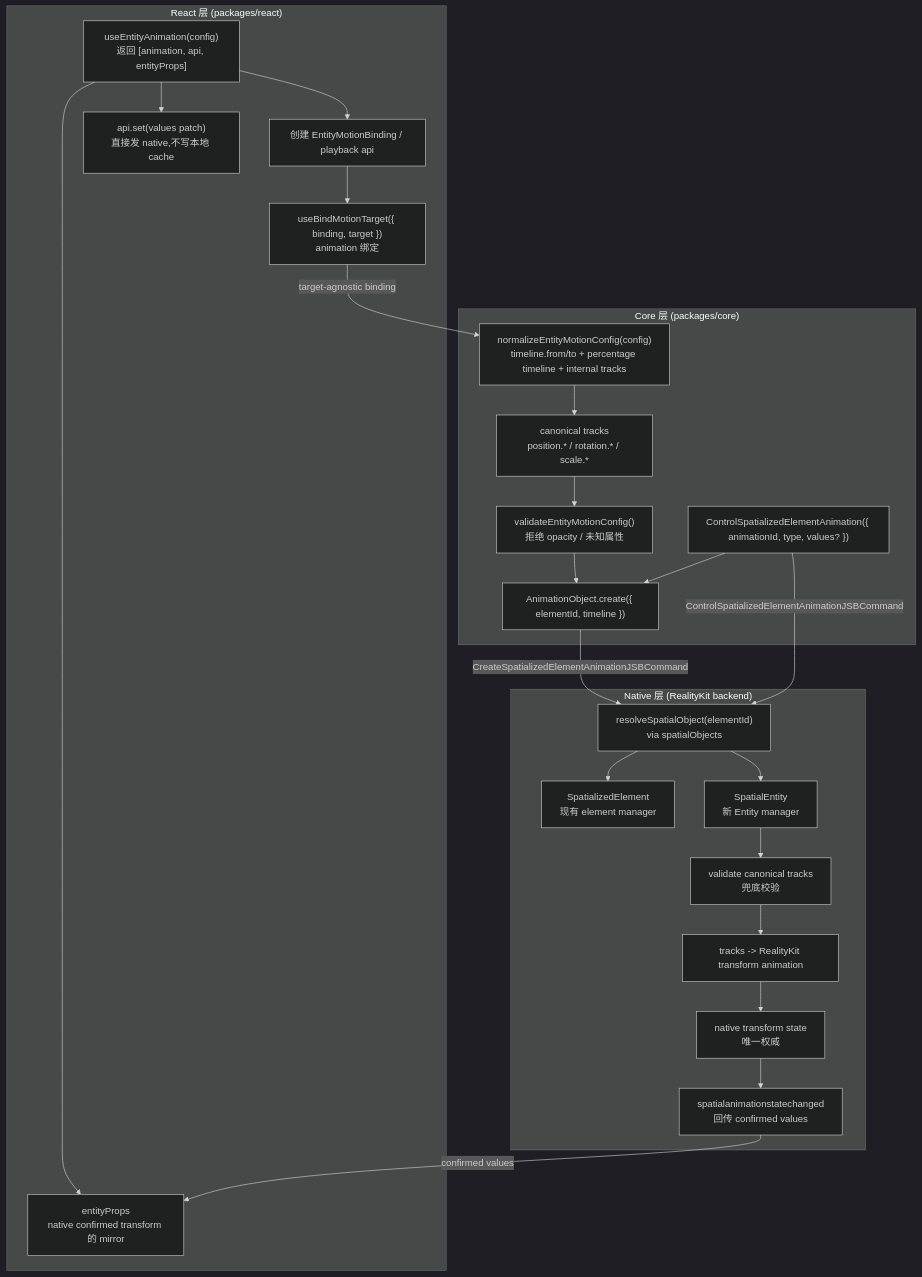
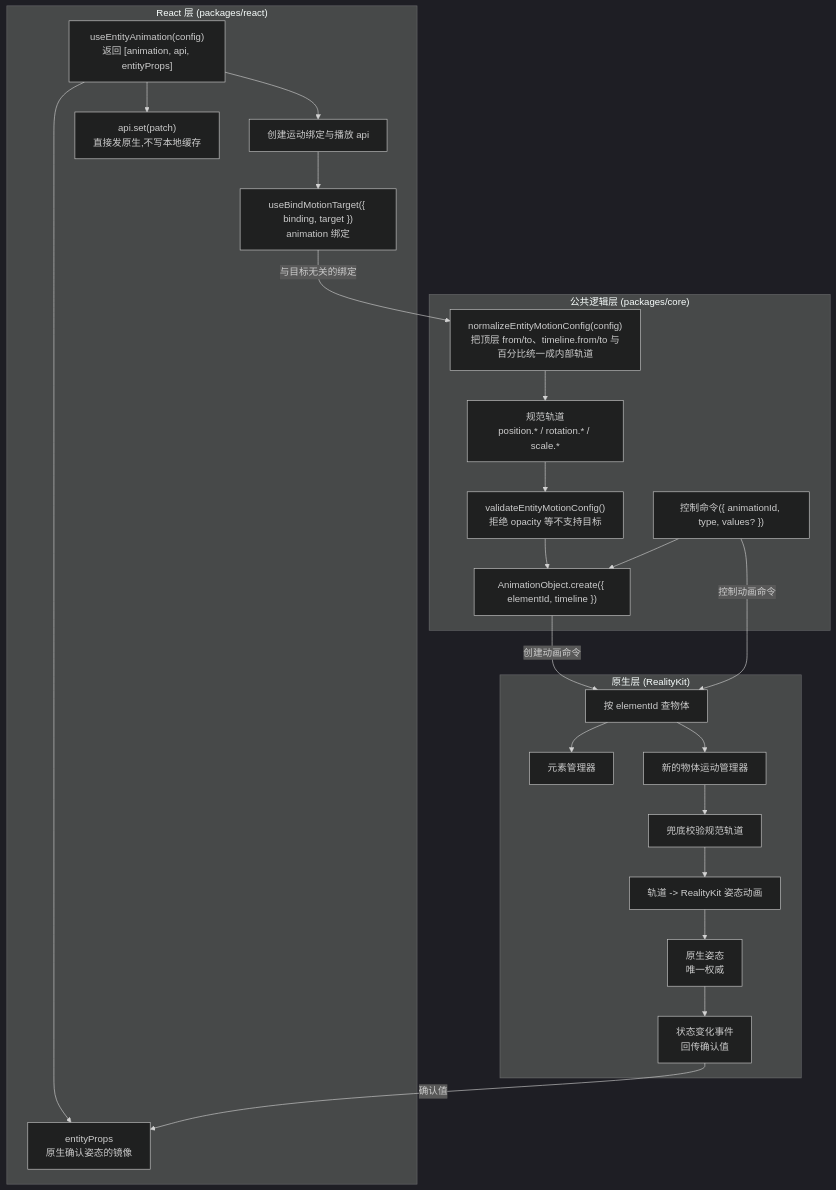
One commit to webspatial/webspatial-sdk changed the first of 11 diagrams in openspec/changes/redesign-entity-motion-api/design.zh.md. Above: the diagram before and after it, drawn with Mermaid (dark theme). The commit also changed other lines of this file and 7 other files, not shown here.

````diff
--- a/openspec/changes/redesign-entity-motion-api/design.zh.md
+++ b/openspec/changes/redesign-entity-motion-api/design.zh.md
@@ -83,50 +113,50 @@
 ```mermaid
 flowchart TB
     subgraph React["React 层 (packages/react)"]
         UseEntity["useEntityAnimation(config)<br/>返回 [animation, api, entityProps]"]
-        ReactBinding["创建 EntityMotionBinding / playback api"]
-        EntityProps["entityProps<br/>native confirmed transform 的 mirror"]
-        ApiSet["api.set(values patch)<br/>直接发 native,不写本地 cache"]
+        ReactBinding["创建运动绑定与播放 api"]
+        EntityProps["entityProps<br/>原生确认姿态的镜像"]
+        ApiSet["api.set(patch)<br/>直接发原生,不写本地缓存"]
         BindTarget["useBindMotionTarget({ binding, target })<br/>animation 绑定"]
 
         UseEntity --> ReactBinding
         UseEntity --> EntityProps
         UseEntity --> ApiSet
         ReactBinding --> BindTarget
     end
 
-    subgraph Core["Core 层 (packages/core)"]
-        Normalize["normalizeEntityMotionConfig(config)<br/>timeline.from/to + percentage timeline + internal tracks"]
-        Tracks["canonical tracks<br/>position.* / rotation.* / scale.*"]
-        Validate["validateEntityMotionConfig()<br/>拒绝 opacity / 未知属性"]
+    subgraph Core["公共逻辑层 (packages/core)"]
+        Normalize["normalizeEntityMotionConfig(config)<br/>把顶层 from/to、timeline.from/to 与百分比统一成内部轨道"]
+        Tracks["规范轨道<br/>position.* / rotation.* / scale.*"]
+        Validate["validateEntityMotionConfig()<br/>拒绝 opacity 等不支持目标"]
         CreateObject["AnimationObject.create({ elementId, timeline })"]
-        ControlObject["ControlSpatializedElementAnimation({ animationId, type, values? })"]
+        ControlObject["控制命令({ animationId, type, values? })"]
 
         Normalize --> Tracks
         Tracks --> Validate
         Validate --> CreateObject
         ControlObject --> CreateObject
     end
 
-    subgraph Native["Native 层 (RealityKit backend)"]
-        Resolve["resolveSpatialObject(elementId)<br/>via spatialObjects"]
-        ElementAdapter["SpatializedElement<br/>现有 element manager"]
-        EntityManager["SpatialEntity<br/>新 Entity manager"]
-        NativeValidate["validate canonical tracks<br/>兜底校验"]
-        Compile["tracks -> RealityKit transform animation"]
-        Authority["native transform state<br/>唯一权威"]
-        Event["spatialanimationstatechanged<br/>回传 confirmed values"]
+    subgraph Native["原生层 (RealityKit)"]
+        Resolve["按 elementId 查物体"]
+        ElementAdapter["元素管理器"]
+        EntityManager["新的物体运动管理器"]
+        NativeValidate["兜底校验规范轨道"]
+        Compile["轨道 -> RealityKit 姿态动画"]
+        Authority["原生姿态<br/>唯一权威"]
+        Event["状态变化事件<br/>回传确认值"]
 
         Resolve --> ElementAdapter
         Resolve --> EntityManager
         EntityManager --> NativeValidate
         NativeValidate --> Compile
         Compile --> Authority
         Authority --> Event
     end
 
-    BindTarget -->|"target-agnostic binding"| Normalize
-    CreateObject -->|"CreateSpatializedElementAnimationJSBCommand"| Resolve
-    ControlObject -->|"ControlSpatializedElementAnimationJSBCommand"| Resolve
-    Event -->|"confirmed values"| EntityProps
+    BindTarget -->|"与目标无关的绑定"| Normalize
+    CreateObject -->|"创建动画命令"| Resolve
+    ControlObject -->|"控制动画命令"| Resolve
+    Event -->|"确认值"| EntityProps
 ```
````
